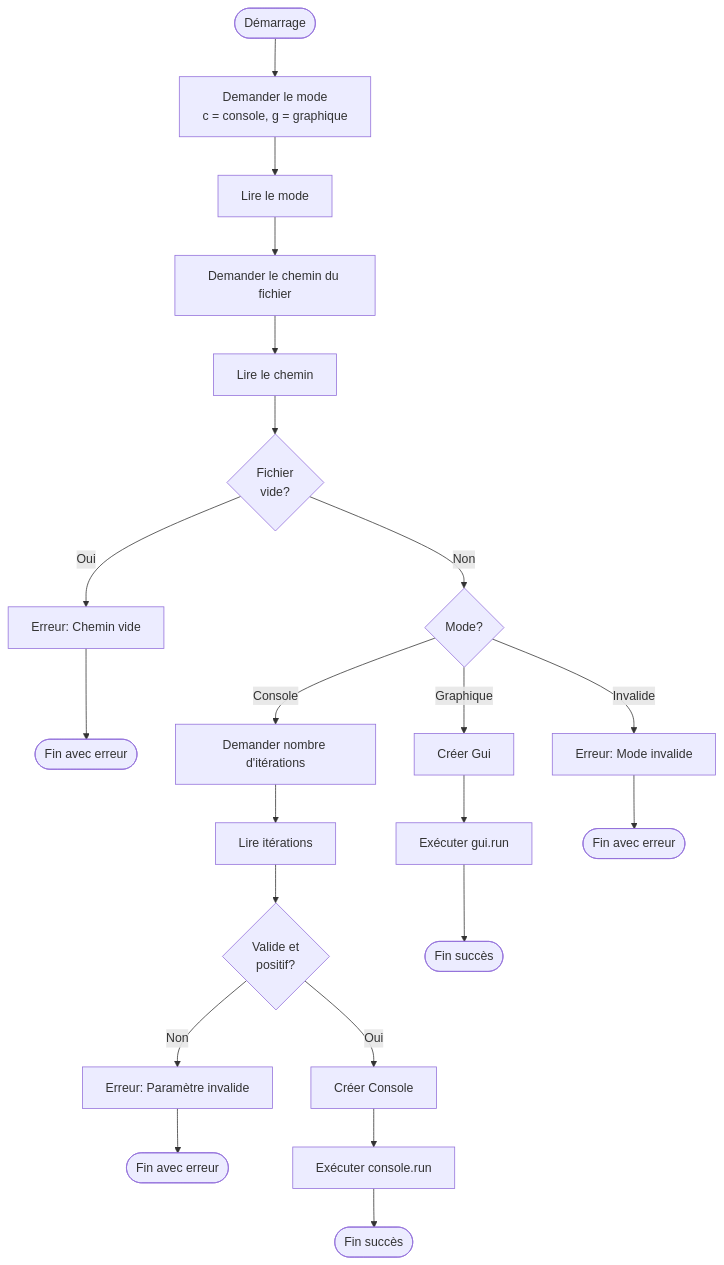
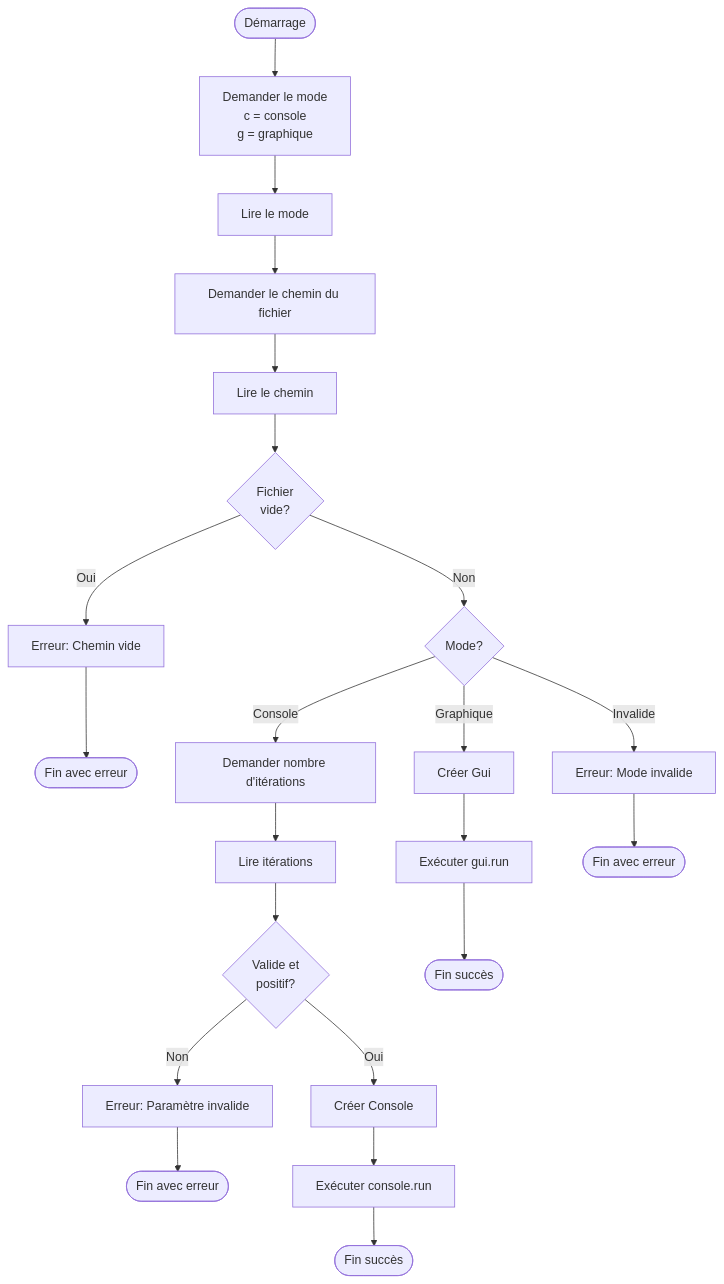
One commit to Vecta6/CESI-Projet-POO-25-26 changed the diagram in diagrams/activity_diagram.md. Above: the diagram before and after it, drawn with Mermaid. The commit also changed 2 other files, not shown here.

Commit message:
Fin diagramme sequence + correction classes/activite

````diff
--- a/diagrams/activity_diagram.md
+++ b/diagrams/activity_diagram.md
@@ -1,29 +1,29 @@
 ```mermaid
 flowchart TD
-    Start([Démarrage]) --> InputMode[Demander le mode<br/>c = console, g = graphique]
+    Start([Démarrage]) --> InputMode[Demander le mode<br/>c = console<br/> g = graphique]
     InputMode --> ReadMode[Lire le mode]
     ReadMode --> InputFile[Demander le chemin du fichier]
     InputFile --> ReadFile[Lire le chemin]
     ReadFile --> CheckEmpty{Fichier<br/>vide?}
     
     CheckEmpty -->|Oui| ErrorEmpty[Erreur: Chemin vide]
     ErrorEmpty --> End1([Fin avec erreur])
     
     CheckEmpty -->|Non| CheckMode{Mode?}
     
     CheckMode -->|Console| InputIter[Demander nombre d'itérations]
     InputIter --> ReadIter[Lire itérations]
     ReadIter --> ValidateIter{Valide et<br/>positif?}
     ValidateIter -->|Non| ErrorIter[Erreur: Paramètre invalide]
     ErrorIter --> End2([Fin avec erreur])
     ValidateIter -->|Oui| CreateConsole[Créer Console]
     CreateConsole --> RunConsole[Exécuter console.run]
     RunConsole --> End3([Fin succès])
     
     CheckMode -->|Graphique| CreateGui[Créer Gui]
     CreateGui --> RunGui[Exécuter gui.run]
     RunGui --> End4([Fin succès])
     
     CheckMode -->|Invalide| ErrorMode[Erreur: Mode invalide]
     ErrorMode --> End5([Fin avec erreur])
 ``` 
````
